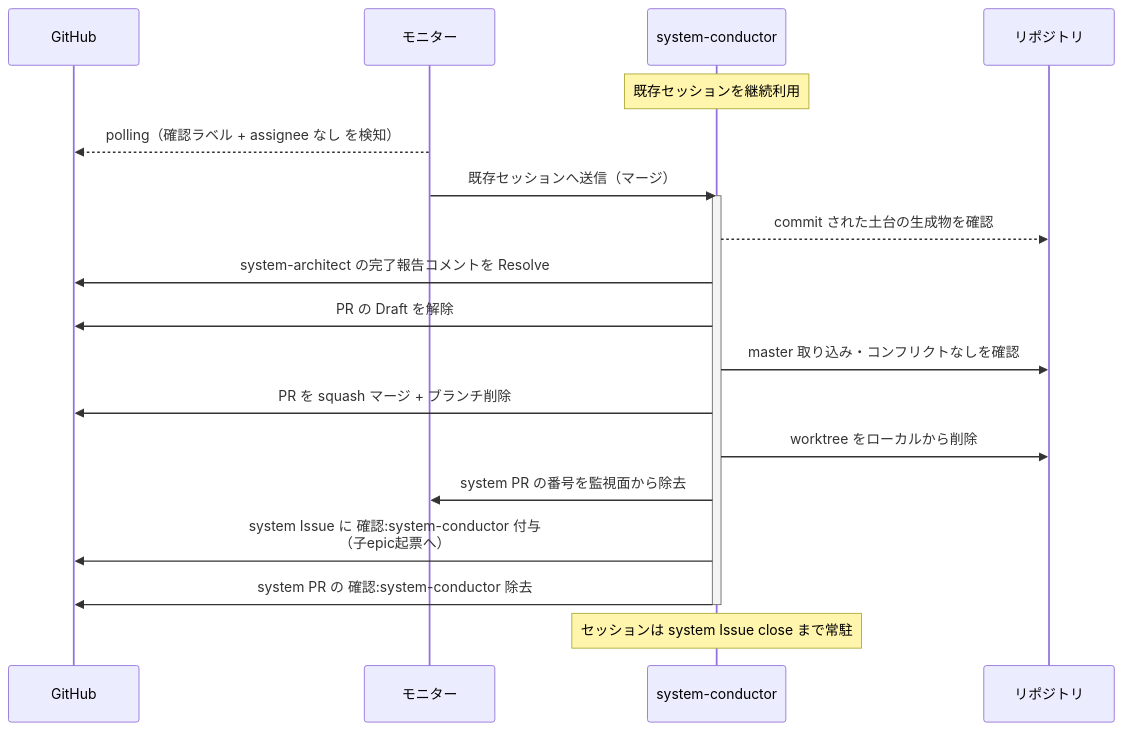
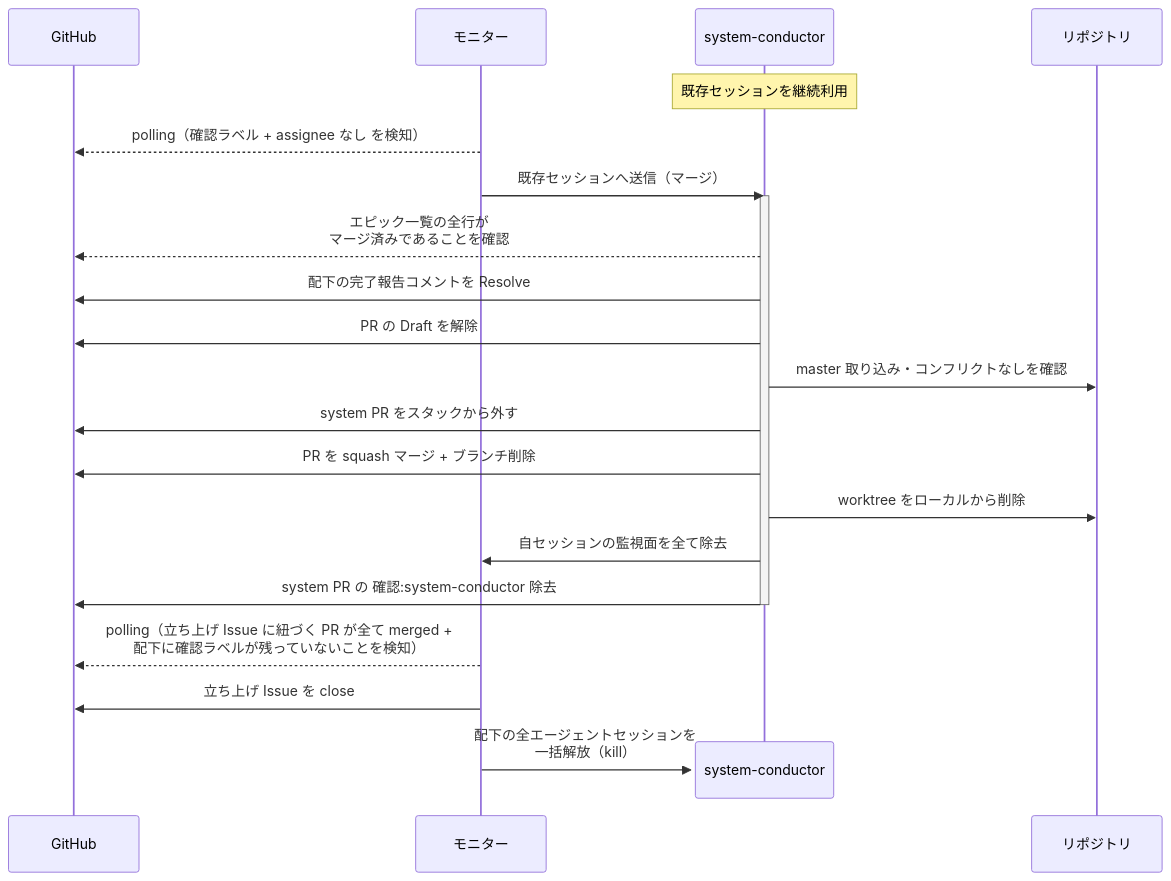
The sixth of 7 diagrams in docs/wiki/設計図/シナリオ/単一ユースケース/マージ.md (shuhei1101/ai-monitor), drawn with Mermaid before and after one commit. The commit also changed other lines of this file and 256 other files, not shown here.

````diff
--- a/docs/wiki/設計図/シナリオ/単一ユースケース/マージ.md
+++ b/docs/wiki/設計図/シナリオ/単一ユースケース/マージ.md
@@ -226,23 +268,26 @@
 ```mermaid
 sequenceDiagram
   participant GH as GitHub
   participant ORC as モニター
   participant MON as system-conductor
   participant REPO as リポジトリ
 
   Note over MON: 既存セッションを継続利用
   ORC-->>GH: polling（確認ラベル + assignee なし を検知）
   ORC->>MON: 既存セッションへ送信（マージ）
   activate MON
-  MON-->>REPO: commit された土台の生成物を確認
-  MON->>GH: system-architect の完了報告コメントを Resolve
+  MON-->>GH: エピック一覧の全行が<br>マージ済みであることを確認
+  MON->>GH: 配下の完了報告コメントを Resolve
   MON->>GH: PR の Draft を解除
   MON->>REPO: master 取り込み・コンフリクトなしを確認
+  MON->>GH: system PR をスタックから外す
   MON->>GH: PR を squash マージ + ブランチ削除
   MON->>REPO: worktree をローカルから削除
-  MON->>ORC: system PR の番号を監視面から除去
-  MON->>GH: system Issue に 確認:system-conductor 付与<br>（子epic起票へ）
+  MON->>ORC: 自セッションの監視面を全て除去
   MON->>GH: system PR の 確認:system-conductor 除去
   deactivate MON
-  Note over MON: セッションは system Issue close まで常駐
+  ORC-->>GH: polling（立ち上げ Issue に紐づく PR が全て merged +<br>配下に確認ラベルが残っていないことを検知）
+  ORC->>GH: 立ち上げ Issue を close
+  destroy MON
+  ORC->>MON: 配下の全エージェントセッションを<br>一括解放（kill）
 ```
````
